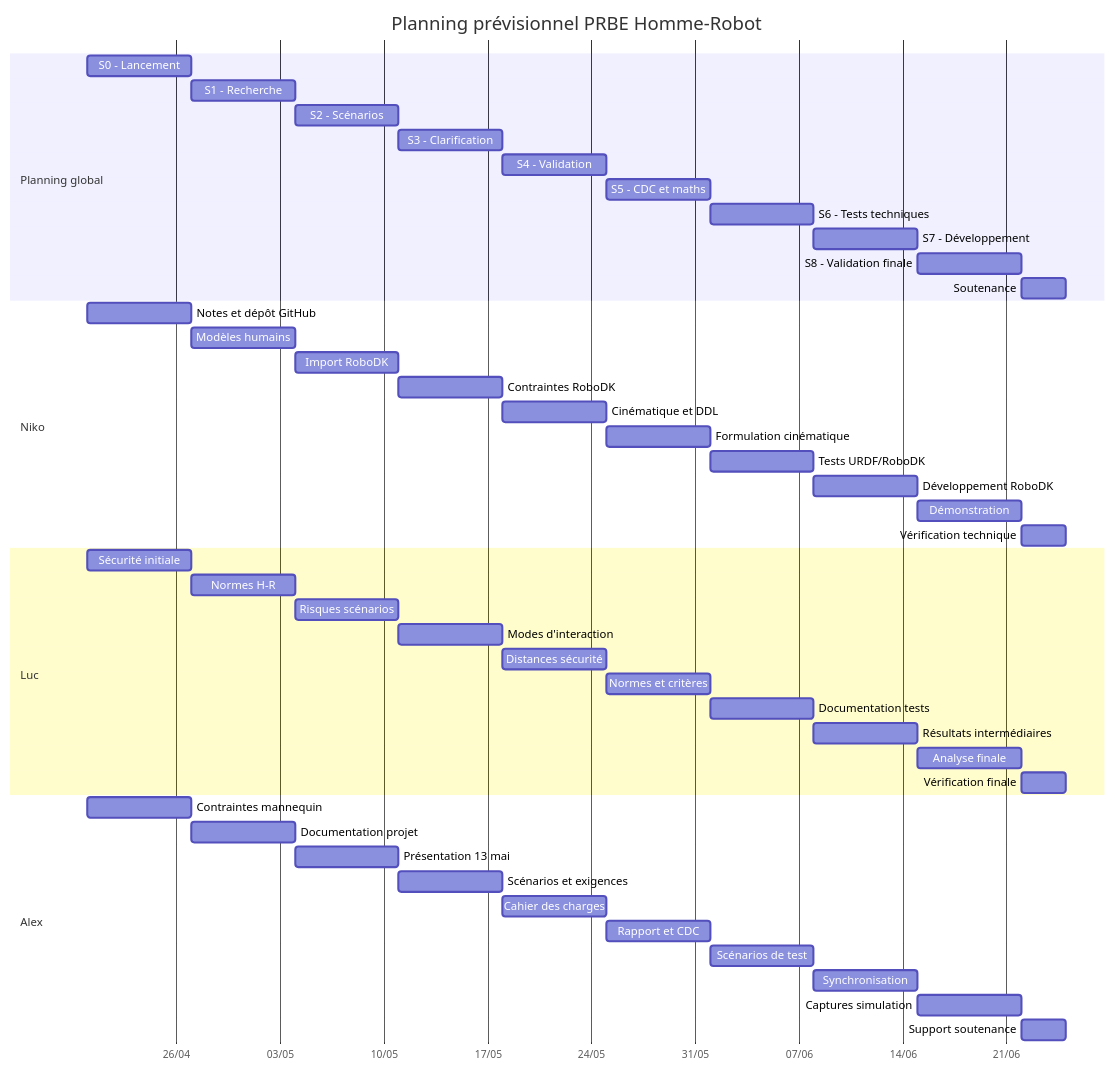
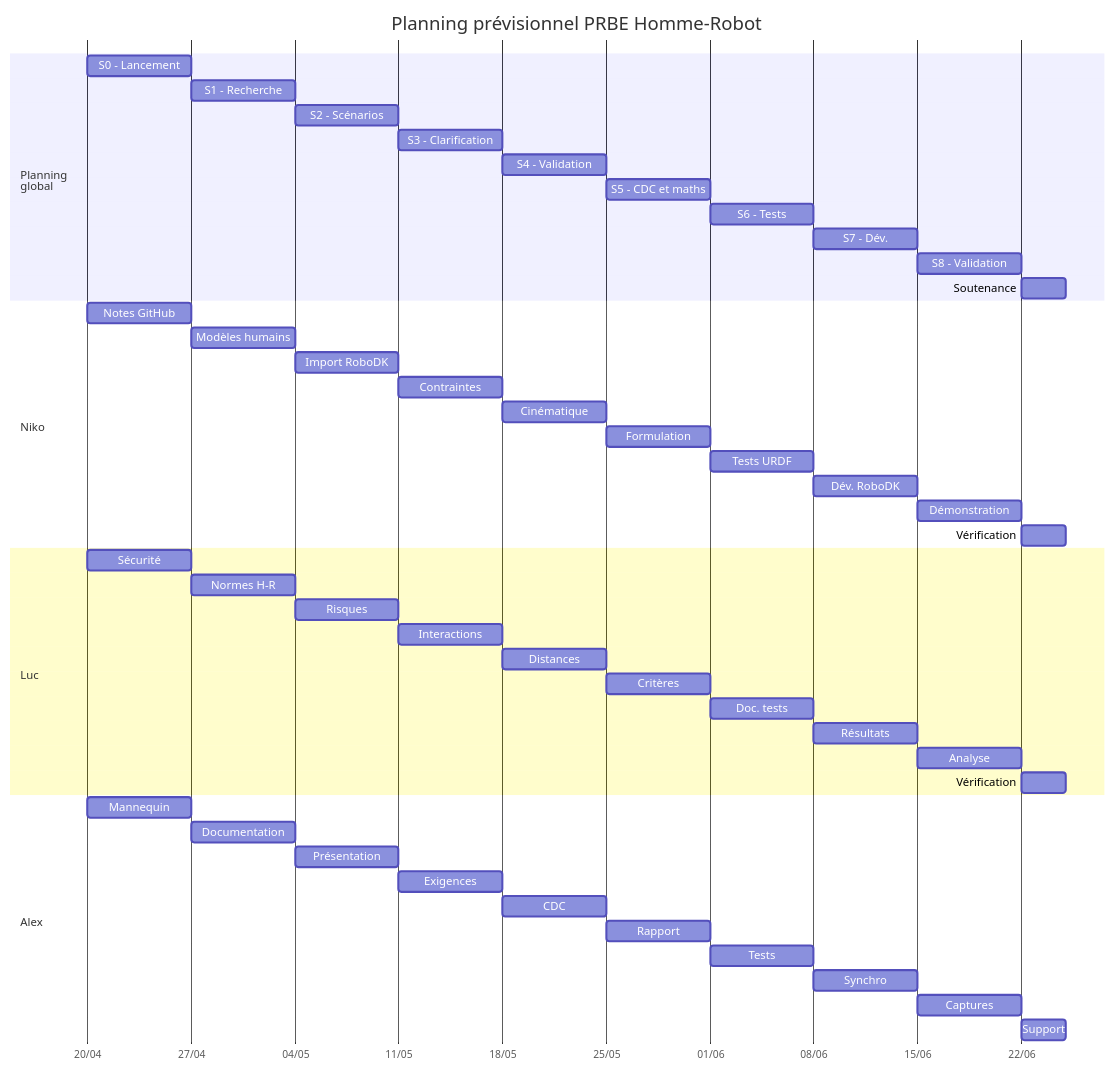
Before and after one commit to ProjectInitNiko/PRBE-Homme-Robot: the diagram in docs/cahier-des-charges.md, drawn with Mermaid. The commit also changed other lines of this file and 4 other files, not shown here.

First line of the commit message:
docs: integre les mises a jour d Alex (cahier des charges + cinematique)

````diff
--- a/docs/cahier-des-charges.md
+++ b/docs/cahier-des-charges.md
@@ -229,54 +272,57 @@
 ```mermaid
 gantt
     title Planning prévisionnel PRBE Homme-Robot
     dateFormat  YYYY-MM-DD
     axisFormat  %d/%m
+    todayMarker off
+    tickInterval 1week
+    weekday monday
 
-    section Planning global
+    section Planning<br/>global
     S0 - Lancement                  :s0, 2026-04-20, 7d
     S1 - Recherche                  :s1, 2026-04-27, 7d
     S2 - Scénarios                  :s2, 2026-05-04, 7d
     S3 - Clarification              :s3, 2026-05-11, 7d
     S4 - Validation                 :s4, 2026-05-18, 7d
     S5 - CDC et maths               :s5, 2026-05-25, 7d
-    S6 - Tests techniques           :s6, 2026-06-01, 7d
-    S7 - Développement              :s7, 2026-06-08, 7d
-    S8 - Validation finale          :s8, 2026-06-15, 7d
+    S6 - Tests                      :s6, 2026-06-01, 7d
+    S7 - Dév.                       :s7, 2026-06-08, 7d
+    S8 - Validation                 :s8, 2026-06-15, 7d
     Soutenance                      :final, 2026-06-22, 3d
 
     section Niko
-    Notes et dépôt GitHub           :n0, 2026-04-20, 7d
+    Notes GitHub                    :n0, 2026-04-20, 7d
     Modèles humains                 :n1, 2026-04-27, 7d
     Import RoboDK                   :n2, 2026-05-04, 7d
-    Contraintes RoboDK              :n3, 2026-05-11, 7d
-    Cinématique et DDL              :n4, 2026-05-18, 7d
-    Formulation cinématique         :n5, 2026-05-25, 7d
-    Tests URDF/RoboDK               :n6, 2026-06-01, 7d
-    Développement RoboDK            :n7, 2026-06-08, 7d
+    Contraintes                     :n3, 2026-05-11, 7d
+    Cinématique                     :n4, 2026-05-18, 7d
+    Formulation                     :n5, 2026-05-25, 7d
+    Tests URDF                      :n6, 2026-06-01, 7d
+    Dév. RoboDK                     :n7, 2026-06-08, 7d
     Démonstration                   :n8, 2026-06-15, 7d
-    Vérification technique          :n9, 2026-06-22, 3d
+    Vérification                    :n9, 2026-06-22, 3d
 
     section Luc
-    Sécurité initiale               :l0, 2026-04-20, 7d
+    Sécurité                        :l0, 2026-04-20, 7d
     Normes H-R                      :l1, 2026-04-27, 7d
-    Risques scénarios               :l2, 2026-05-04, 7d
-    Modes d'interaction             :l3, 2026-05-11, 7d
-    Distances sécurité              :l4, 2026-05-18, 7d
-    Normes et critères              :l5, 2026-05-25, 7d
-    Documentation tests             :l6, 2026-06-01, 7d
-    Résultats intermédiaires        :l7, 2026-06-08, 7d
-    Analyse finale                  :l8, 2026-06-15, 7d
-    Vérification finale             :l9, 2026-06-22, 3d
+    Risques                         :l2, 2026-05-04, 7d
+    Interactions                    :l3, 2026-05-11, 7d
+    Distances                       :l4, 2026-05-18, 7d
+    Critères                        :l5, 2026-05-25, 7d
+    Doc. tests                      :l6, 2026-06-01, 7d
+    Résultats                       :l7, 2026-06-08, 7d
+    Analyse                         :l8, 2026-06-15, 7d
+    Vérification                    :l9, 2026-06-22, 3d
 
     section Alex
-    Contraintes mannequin           :a0, 2026-04-20, 7d
-    Documentation projet            :a1, 2026-04-27, 7d
-    Présentation 13 mai             :a2, 2026-05-04, 7d
-    Scénarios et exigences          :a3, 2026-05-11, 7d
-    Cahier des charges              :a4, 2026-05-18, 7d
-    Rapport et CDC                  :a5, 2026-05-25, 7d
-    Scénarios de test               :a6, 2026-06-01, 7d
-    Synchronisation                 :a7, 2026-06-08, 7d
-    Captures simulation             :a8, 2026-06-15, 7d
-    Support soutenance              :a9, 2026-06-22, 3d
+    Mannequin                       :a0, 2026-04-20, 7d
+    Documentation                   :a1, 2026-04-27, 7d
+    Présentation                    :a2, 2026-05-04, 7d
+    Exigences                       :a3, 2026-05-11, 7d
+    CDC                             :a4, 2026-05-18, 7d
+    Rapport                         :a5, 2026-05-25, 7d
+    Tests                           :a6, 2026-06-01, 7d
+    Synchro                         :a7, 2026-06-08, 7d
+    Captures                        :a8, 2026-06-15, 7d
+    Support                         :a9, 2026-06-22, 3d
 ```
````
